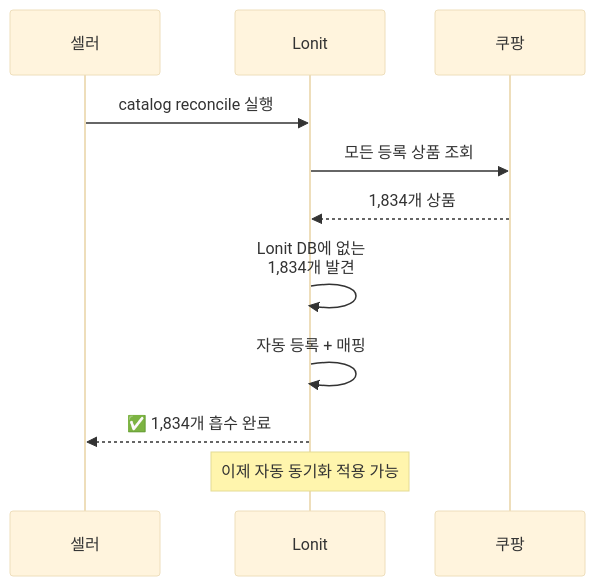
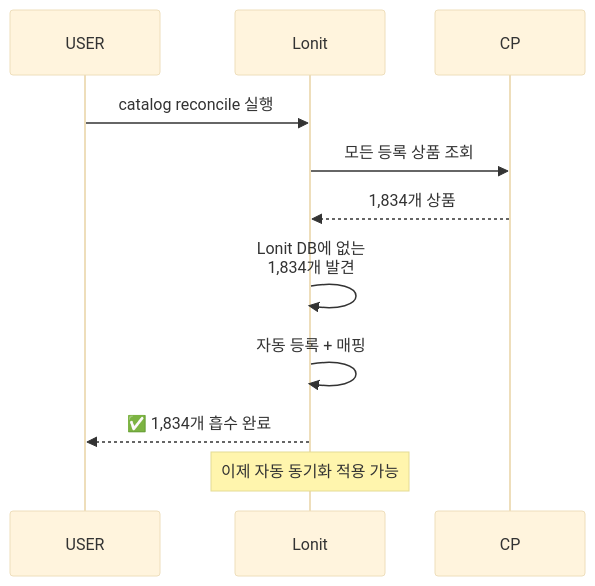
One commit to cksdud5785-design/lonit-manual changed the seventh of 7 diagrams in docs/04-market-strategy/coupang.md. Above: the diagram before and after it, drawn with Mermaid (base theme). The commit also changed other lines of this file and 17 other files, not shown here.

First line of the commit message:
fix: mermaid 한국어 ID → ASCII + 더망고 → T사 일괄 변경

````diff
--- a/docs/04-market-strategy/coupang.md
+++ b/docs/04-market-strategy/coupang.md
@@ -228,11 +228,11 @@
 ```mermaid
 sequenceDiagram
-    셀러->>Lonit: catalog reconcile 실행
-    Lonit->>쿠팡: 모든 등록 상품 조회
-    쿠팡-->>Lonit: 1,834개 상품
+    USER->>Lonit: catalog reconcile 실행
+    Lonit->>CP: 모든 등록 상품 조회
+    CP-->>Lonit: 1,834개 상품
     Lonit->>Lonit: Lonit DB에 없는<br>1,834개 발견
     Lonit->>Lonit: 자동 등록 + 매핑
-    Lonit-->>셀러: ✅ 1,834개 흡수 완료
+    Lonit-->>USER: ✅ 1,834개 흡수 완료
     
     Note over Lonit: 이제 자동 동기화 적용 가능
 ```
````
